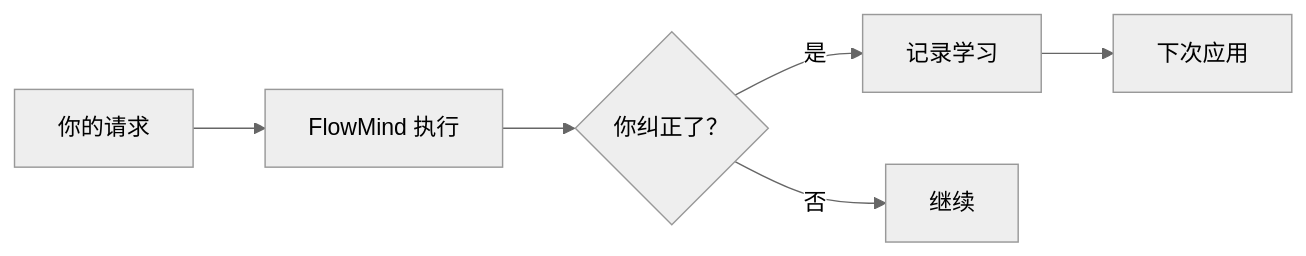
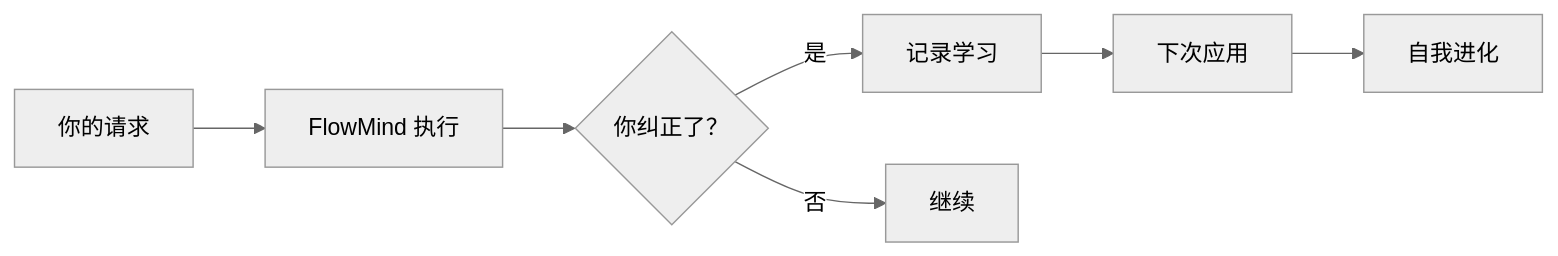
One commit to Eleven-M/flowmind changed the third of 6 diagrams in README_CN.md. Above: the diagram before and after it, drawn with Mermaid (neutral theme). The commit also changed other lines of this file and 1 other file, not shown here.

````diff
--- a/README_CN.md
+++ b/README_CN.md
@@ -74,8 +157,9 @@
 ```mermaid
 graph LR
     A[你的请求] --> B[FlowMind 执行]
     B --> C{你纠正了？}
     C -->|是| D[记录学习]
     C -->|否| E[继续]
     D --> F[下次应用]
+    F --> G[自我进化]
 ```
````
